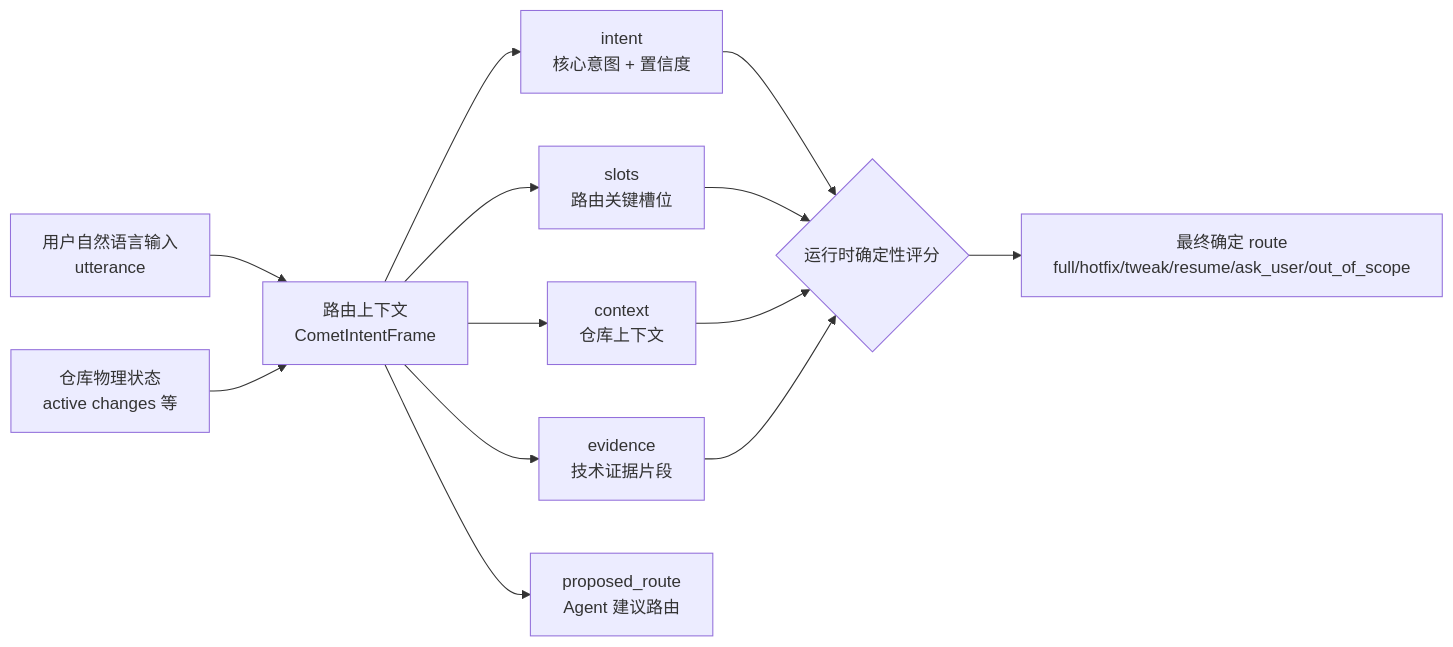
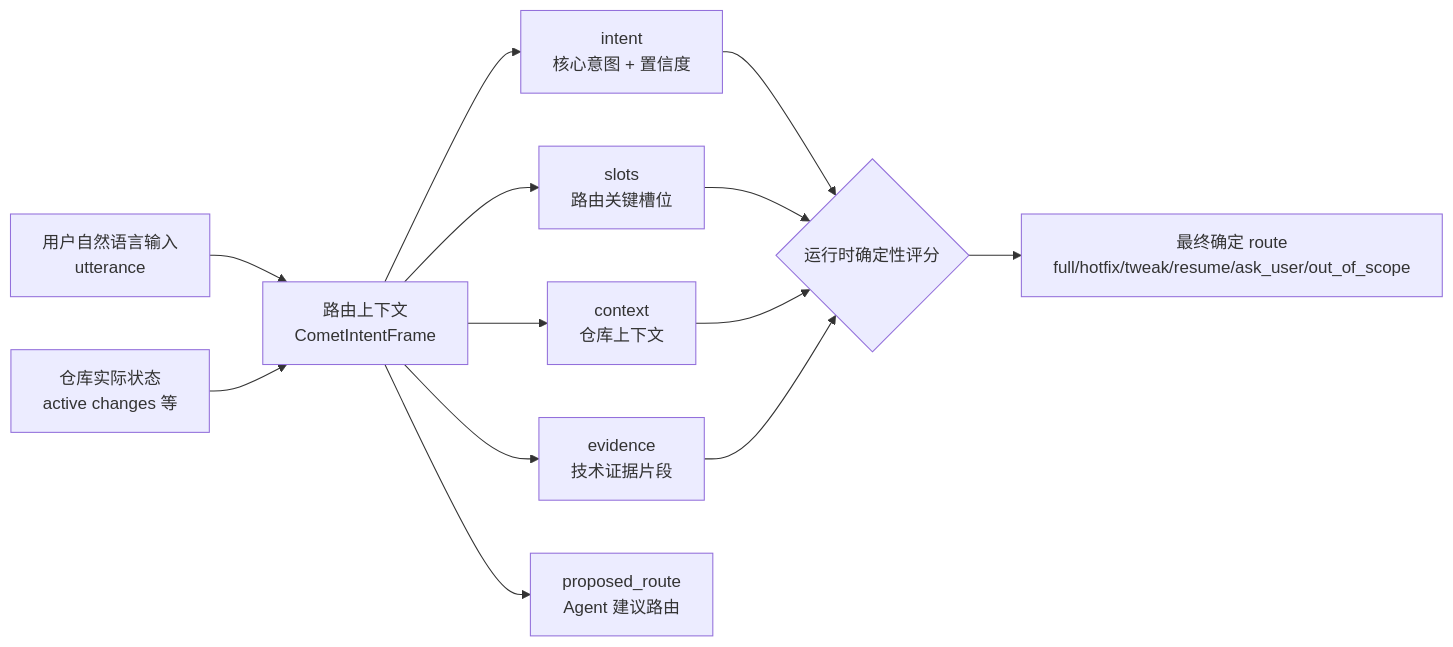
Before and after one commit to rpamis/comet-website-docs: the first of 2 diagrams in zh/concepts/intent-routing.mdx, drawn with Mermaid. The commit also changed other lines of this file and 87 other files, not shown here.

````diff
--- a/zh/concepts/intent-routing.mdx
+++ b/zh/concepts/intent-routing.mdx
@@ -146,15 +146,15 @@
 ```mermaid
 flowchart LR
     U["用户自然语言输入<br/>utterance"] --> F["路由上下文<br/>CometIntentFrame"]
-    R["仓库物理状态<br/>active changes 等"] --> F
+    R["仓库实际状态<br/>active changes 等"] --> F
     F --> I["intent<br/>核心意图 + 置信度"]
     F --> S["slots<br/>路由关键槽位"]
     F --> C["context<br/>仓库上下文"]
     F --> E["evidence<br/>技术证据片段"]
     F --> P["proposed_route<br/>Agent 建议路由"]
     I --> RT{"运行时确定性评分"}
     S --> RT
     C --> RT
     E --> RT
     RT --> O["最终确定 route<br/>full/hotfix/tweak/resume/ask_user/out_of_scope"]
 ```
````
